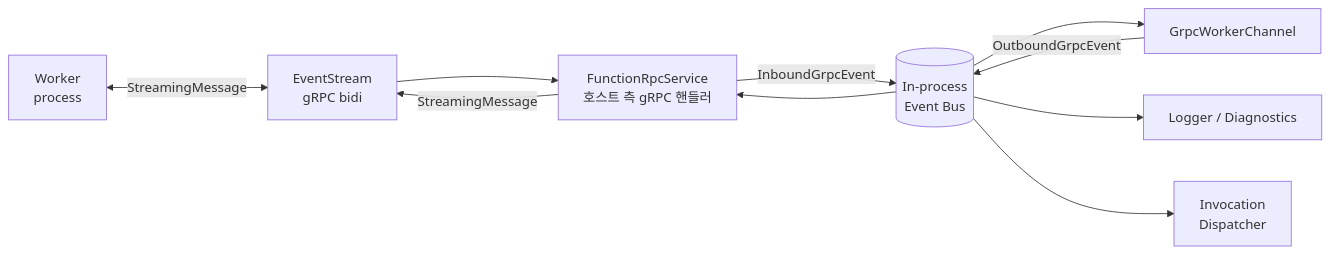
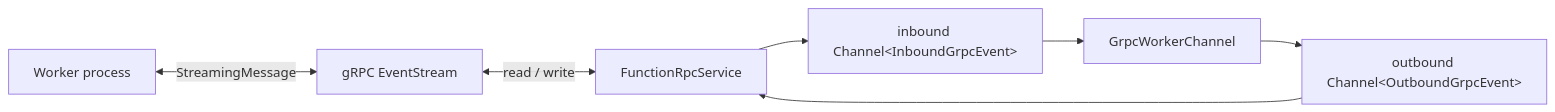
Before and after one commit to yeongseon-books/book-content: the second of 2 diagrams in azure-functions-deep-dive/ko/03-grpc-event-stream.md, drawn with Mermaid. The commit also changed other lines of this file and 42 other files, not shown here.

First line of the commit message:
fix: 오라클 리뷰 반영 — Functions 101/Deep Dive 사실관계·톤·다이어그램 정리, App Service 101 ko/en 재구조화

````diff
--- a/azure-functions-deep-dive/ko/03-grpc-event-stream.md
+++ b/azure-functions-deep-dive/ko/03-grpc-event-stream.md
@@ -253,20 +251,9 @@
 ```mermaid
 flowchart LR
-    Worker[Worker<br/>process]
-    EventStream[EventStream<br/>gRPC bidi]
-    FRS[FunctionRpcService<br/>호스트 측 gRPC 핸들러]
-    EventBus[(In-process<br/>Event Bus)]
-    GWC[GrpcWorkerChannel]
-    Logger[Logger / Diagnostics]
-    Dispatcher[Invocation<br/>Dispatcher]
-
-    Worker <-->|StreamingMessage| EventStream
-    EventStream --> FRS
-    FRS -->|InboundGrpcEvent| EventBus
-    EventBus --> GWC
-    EventBus --> Logger
-    EventBus --> Dispatcher
-    GWC -->|OutboundGrpcEvent| EventBus
-    EventBus --> FRS
-    FRS -->|StreamingMessage| EventStream
+    Worker[Worker process] <-->|StreamingMessage| Stream[gRPC EventStream]
+    Stream <-->|read / write| Rpc[FunctionRpcService]
+    Rpc --> Inbound[inbound Channel&lt;InboundGrpcEvent&gt;]
+    Outbound[outbound Channel&lt;OutboundGrpcEvent&gt;] --> Rpc
+    Inbound --> Gwc[GrpcWorkerChannel]
+    Gwc --> Outbound
 ```
````
